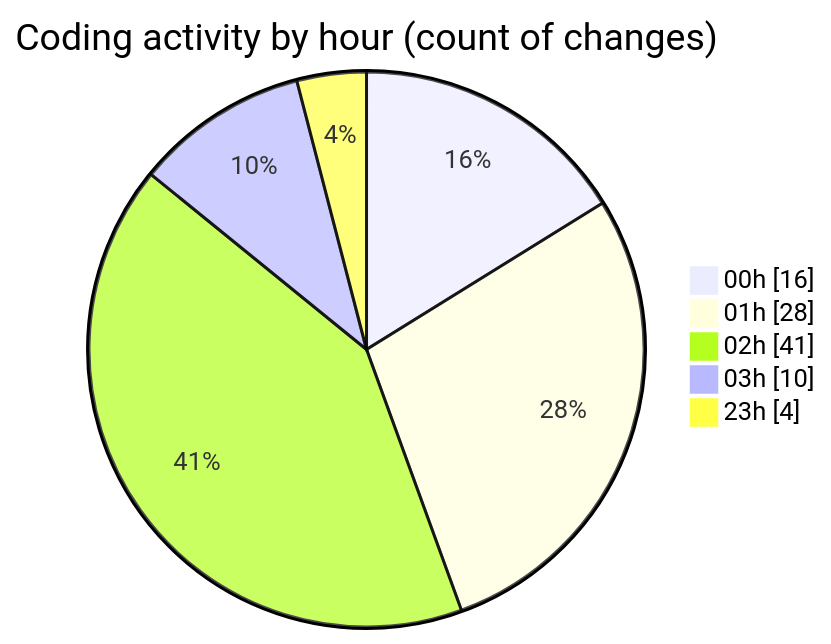
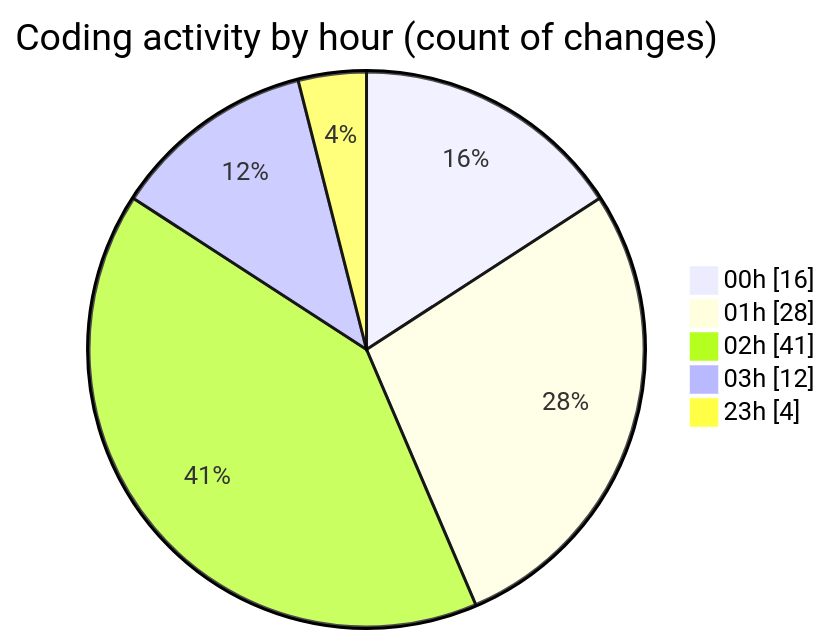
Before and after one commit to julien-gomy/code-tracking: the second of 2 diagrams in 2025-11-23/eventscop-frontend-guide__workspace_/README.md, drawn with Mermaid. The commit also changed other lines of this file and 1 other file, not shown here.

````diff
--- a/2025-11-23/eventscop-frontend-guide__workspace_/README.md
+++ b/2025-11-23/eventscop-frontend-guide__workspace_/README.md
@@ -61,9 +61,9 @@
 ```mermaid
 pie showData
 title Coding activity by hour (count of changes)
 "00h" : 16
 "01h" : 28
 "02h" : 41
-"03h" : 10
+"03h" : 12
 "23h" : 4
 ```
````
